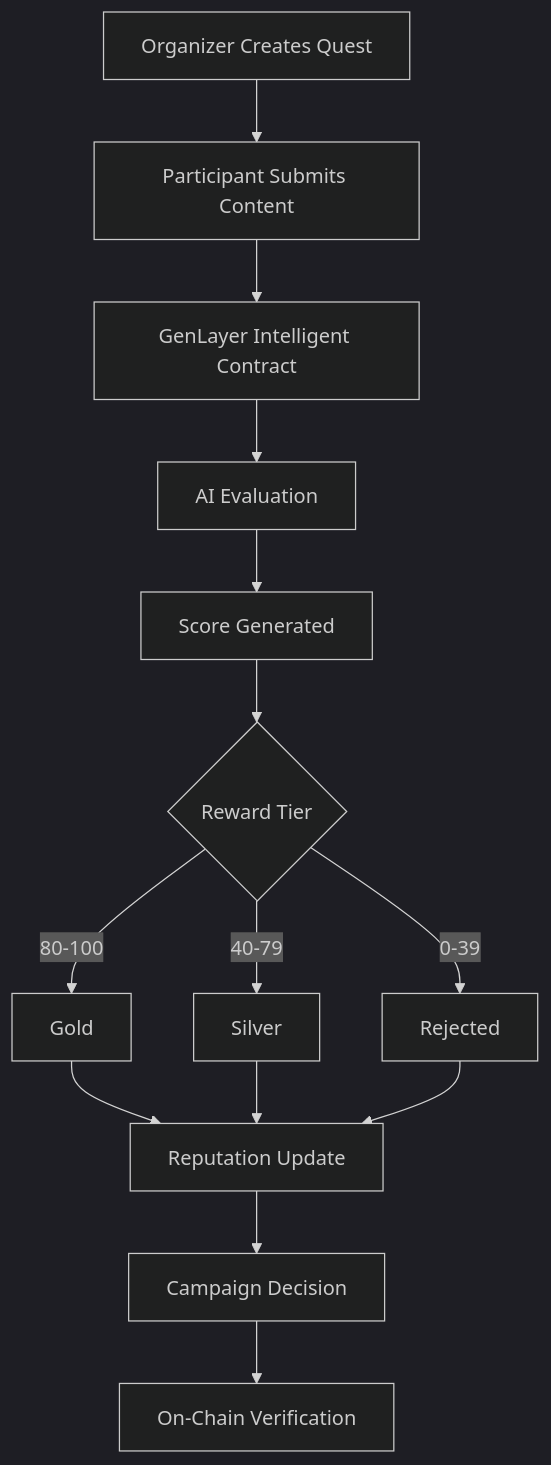
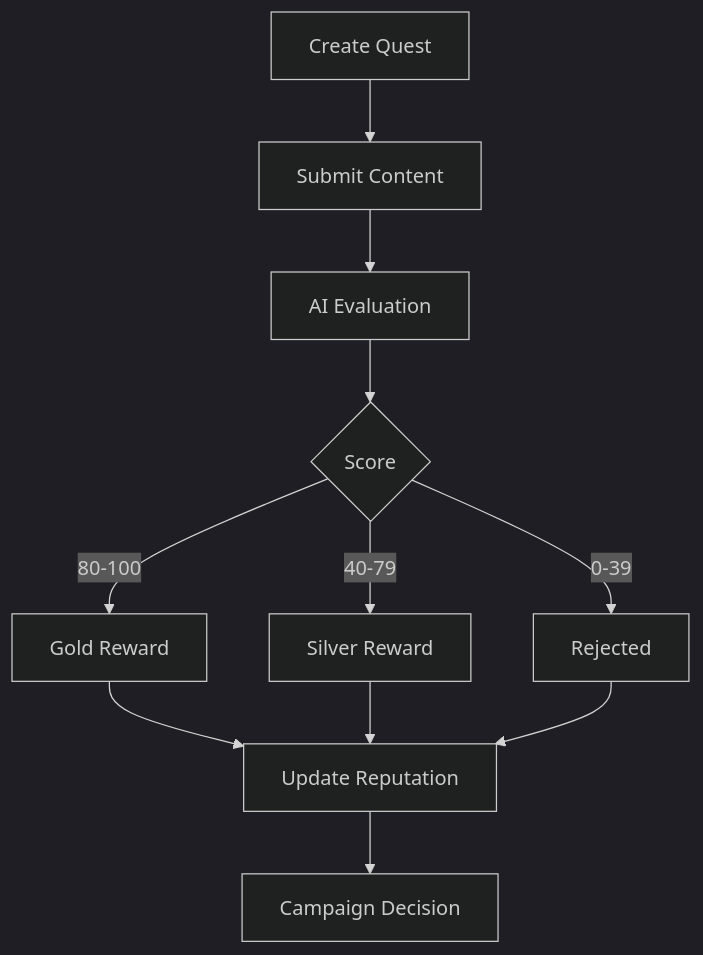
Before and after one commit to cryptofunny2021/veriquest-genlayer: the diagram in README.md, drawn with Mermaid (dark theme). The commit also changed other lines of this file, not shown here.

````diff
--- a/README.md
+++ b/README.md
@@ -111,28 +106,22 @@
 ```mermaid
 flowchart TD
 
-A[Organizer Creates Quest]
---> B[Participant Submits Content]
+A[Create Quest]
+--> B[Submit Content]
 
-B --> C[GenLayer Intelligent Contract]
+B --> C[AI Evaluation]
 
-C --> D[AI Evaluation]
+C --> D{Score}
 
-D --> E[Score Generated]
+D -->|80-100| E[Gold Reward]
 
-E --> F{Reward Tier}
+D -->|40-79| F[Silver Reward]
 
-F -->|80-100| G[Gold]
+D -->|0-39| G[Rejected]
 
-F -->|40-79| H[Silver]
+E --> H[Update Reputation]
+F --> H
+G --> H
 
-F -->|0-39| I[Rejected]
-
-G --> J[Reputation Update]
-H --> J
-I --> J
-
-J --> K[Campaign Decision]
-
-K --> L[On-Chain Verification]
+H --> I[Campaign Decision]
 ```
````
